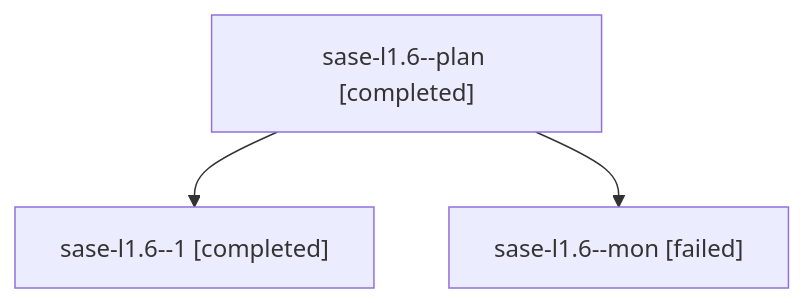
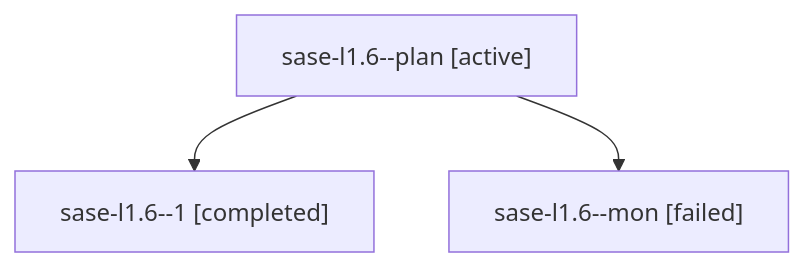
The diagram in families/bbugyi200.athena.sase-l1.6.md (sase-org/sase--agents), drawn with Mermaid before and after one commit. The commit also changed other lines of this file and 35830 other files, not shown here.

````diff
--- a/families/bbugyi200.athena.sase-l1.6.md
+++ b/families/bbugyi200.athena.sase-l1.6.md
@@ -9,8 +9,8 @@
 ```mermaid
 flowchart TD
-  n0["sase-l1.6--plan [completed]"]
+  n0["sase-l1.6--plan [active]"]
   n1["sase-l1.6--1 [completed]"]
   n0 --> n1
   n2["sase-l1.6--mon [failed]"]
   n0 --> n2
 ```
````
